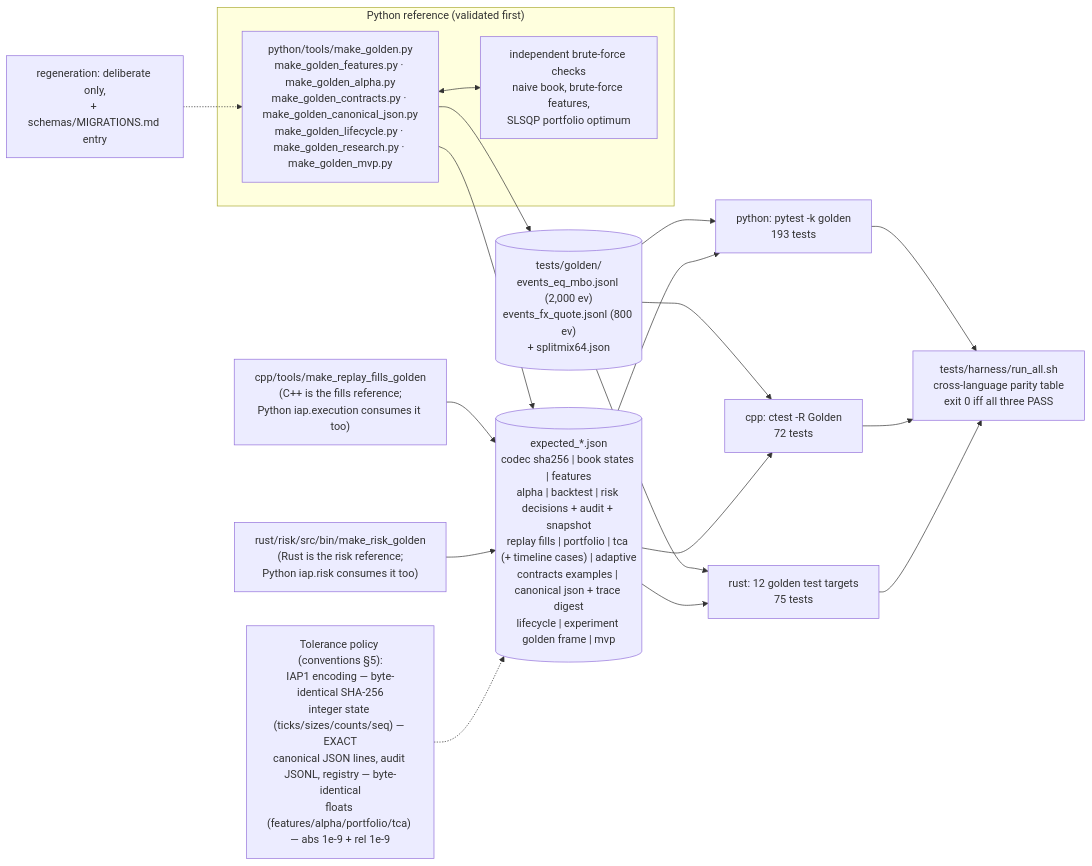
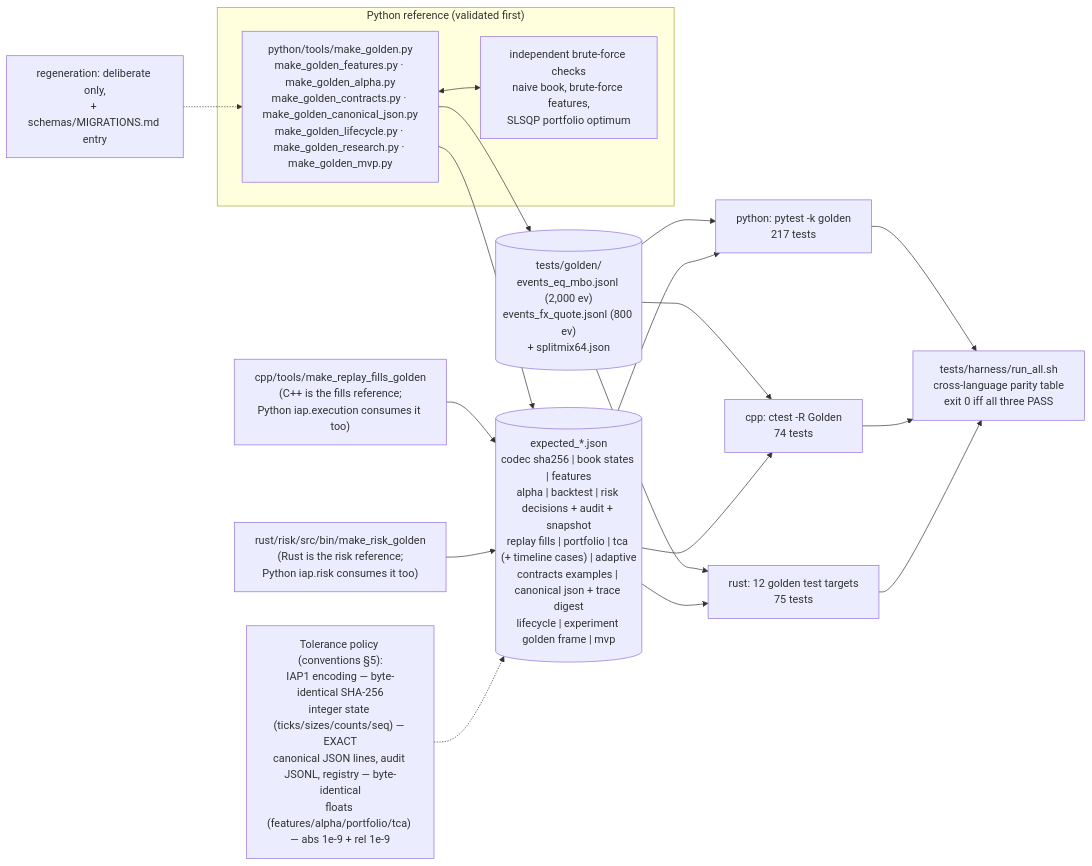
Before and after one commit to AshJha0/intraday-alpha-platform: the diagram in docs/diagrams/golden_topology.mmd, drawn with Mermaid. The commit also changed 17 other files, not shown here.

```diff
--- a/docs/diagrams/golden_topology.mmd
+++ b/docs/diagrams/golden_topology.mmd
@@ -1,21 +1,21 @@
 flowchart LR
     subgraph REF["Python reference (validated first)"]
         MG["python/tools/make_golden.py<br/>make_golden_features.py · make_golden_alpha.py<br/>make_golden_contracts.py · make_golden_canonical_json.py<br/>make_golden_lifecycle.py · make_golden_research.py · make_golden_mvp.py"]
         BF["independent brute-force checks<br/>naive book, brute-force features,<br/>SLSQP portfolio optimum"]
         MG <--> BF
     end
     MG --> GV[("tests/golden/<br/>events_eq_mbo.jsonl (2,000 ev)<br/>events_fx_quote.jsonl (800 ev)<br/>+ splitmix64.json")]
     MG --> EXP[("expected_*.json<br/>codec sha256 | book states | features<br/>alpha | backtest | risk decisions + audit + snapshot<br/>replay fills | portfolio | tca (+ timeline cases) | adaptive<br/>contracts examples | canonical json + trace digest<br/>lifecycle | experiment golden frame | mvp")]
     CPPTOOL["cpp/tools/make_replay_fills_golden<br/>(C++ is the fills reference;<br/>Python iap.execution consumes it too)"] --> EXP
     RSTOOL["rust/risk/src/bin/make_risk_golden<br/>(Rust is the risk reference;<br/>Python iap.risk consumes it too)"] --> EXP
-    GV --> PY["python: pytest -k golden<br/>193 tests"]
-    GV --> CPP["cpp: ctest -R Golden<br/>72 tests"]
+    GV --> PY["python: pytest -k golden<br/>217 tests"]
+    GV --> CPP["cpp: ctest -R Golden<br/>74 tests"]
     GV --> RS["rust: 12 golden test targets<br/>75 tests"]
     EXP --> PY
     EXP --> CPP
     EXP --> RS
     PY --> TAB["tests/harness/run_all.sh<br/>cross-language parity table<br/>exit 0 iff all three PASS"]
     CPP --> TAB
     RS --> TAB
     TOL["Tolerance policy (conventions §5):<br/>IAP1 encoding — byte-identical SHA-256<br/>integer state (ticks/sizes/counts/seq) — EXACT<br/>canonical JSON lines, audit JSONL, registry — byte-identical<br/>floats (features/alpha/portfolio/tca) — abs 1e-9 + rel 1e-9"] -.-> EXP
     MIG["regeneration: deliberate only,<br/>+ schemas/MIGRATIONS.md entry"] -.-> MG
```
